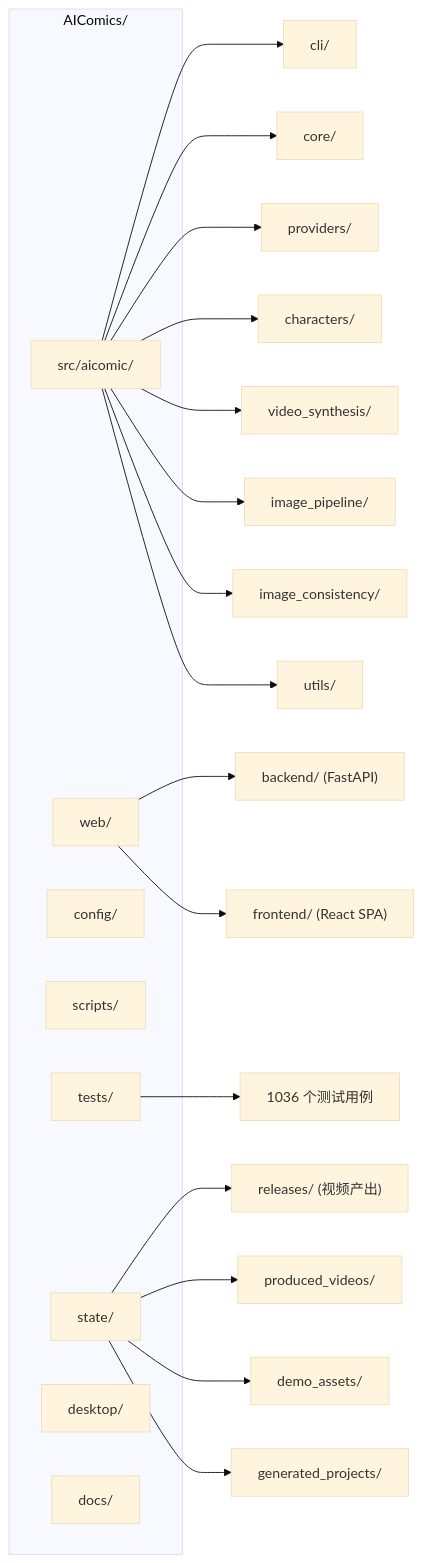
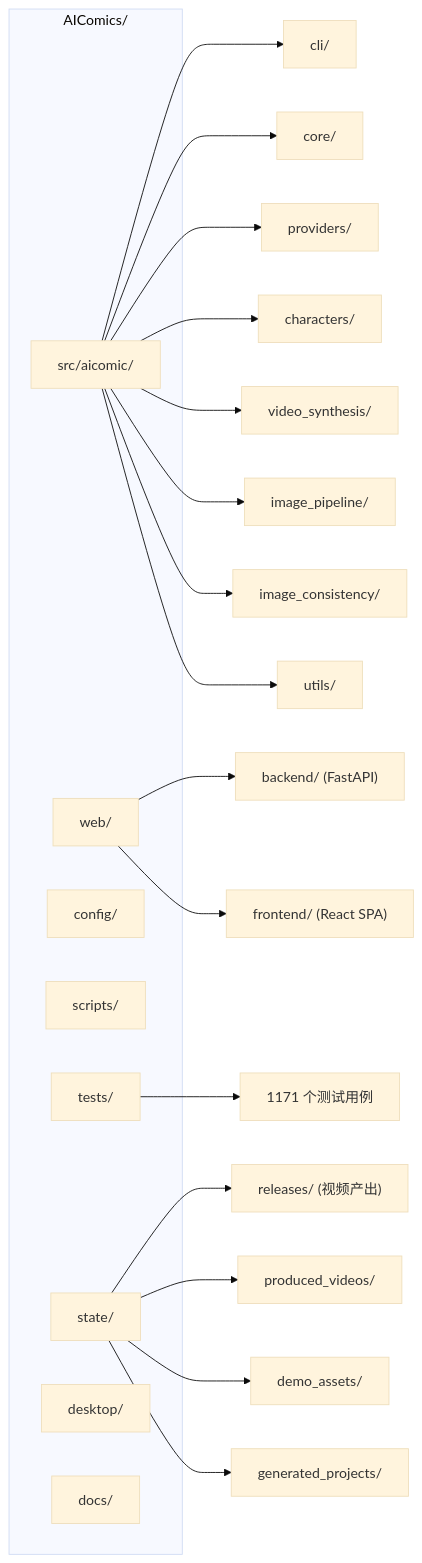
The fourth of 4 diagrams in README.md (chfr19820610-cell/AIComics), drawn with Mermaid (base theme) before and after one commit. The commit also changed other lines of this file and 1 other file, not shown here.

````diff
--- a/README.md
+++ b/README.md
@@ -475,32 +567,32 @@
 ```mermaid
 graph LR
     subgraph Root["AIComics/"]
         SRC["src/aicomic/"]
         WEB["web/"]
         CFG["config/"]
         SCR["scripts/"]
         TST["tests/"]
         ST["state/"]
         DSK["desktop/"]
         DOCS["docs/"]
     end
 
     SRC --> CLI["cli/"]
     SRC --> CORE["core/"]
     SRC --> PROV2["providers/"]
     SRC --> CHAR2["characters/"]
     SRC --> VS["video_synthesis/"]
     SRC --> IMG2["image_pipeline/"]
     SRC --> IC["image_consistency/"]
     SRC --> UTL["utils/"]
 
     WEB --> BE["backend/ (FastAPI)"]
     WEB --> FE["frontend/ (React SPA)"]
 
-    TST --> T1036["1036 个测试用例"]
+    TST --> T1171["1171 个测试用例"]
 
     ST --> REL["releases/ (视频产出)"]
     ST --> PV["produced_videos/"]
     ST --> DA["demo_assets/"]
     ST --> GP["generated_projects/"]
 ```
````
